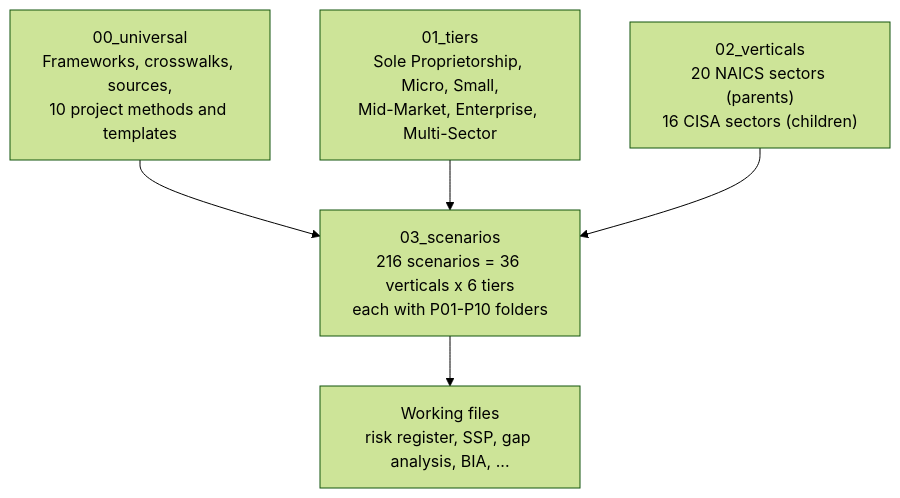
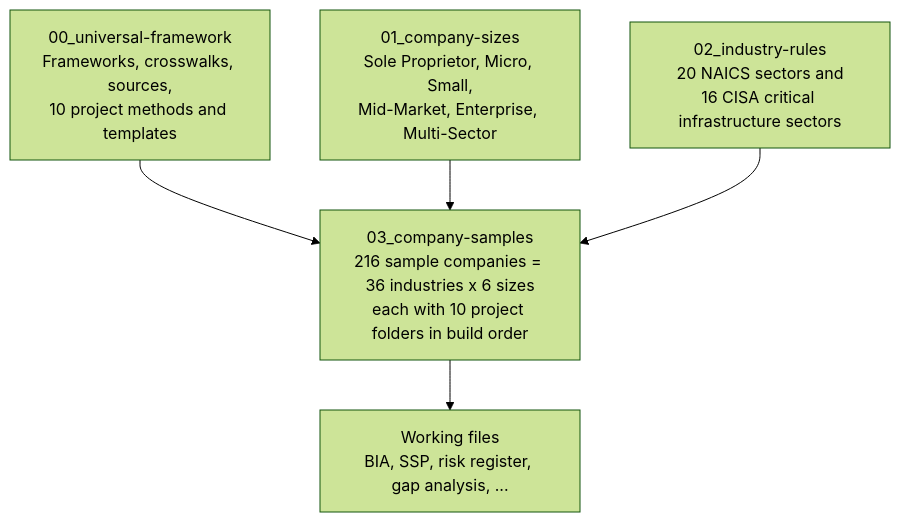
Before and after one commit to saint1415/GRC_Projects: the diagram in README.md, drawn with Mermaid (forest theme). The commit also changed other lines of this file and 11258 other files, not shown here.

First line of the commit message:
Rename library to plain-English folder names and add build-order guide

````diff
--- a/README.md
+++ b/README.md
@@ -19,7 +43,7 @@
 ```mermaid
 flowchart TD
-  U["00_universal<br/>Frameworks, crosswalks, sources,<br/>10 project methods and templates"] --> S
-  T["01_tiers<br/>Sole Proprietorship, Micro, Small,<br/>Mid-Market, Enterprise, Multi-Sector"] --> S
-  V["02_verticals<br/>20 NAICS sectors (parents)<br/>16 CISA sectors (children)"] --> S
-  S["03_scenarios<br/>216 scenarios = 36 verticals x 6 tiers<br/>each with P01-P10 folders"] --> W["Working files<br/>risk register, SSP, gap analysis, BIA, ..."]
+  U["00_universal-framework<br/>Frameworks, crosswalks, sources,<br/>10 project methods and templates"] --> S
+  T["01_company-sizes<br/>Sole Proprietor, Micro, Small,<br/>Mid-Market, Enterprise, Multi-Sector"] --> S
+  V["02_industry-rules<br/>20 NAICS sectors and<br/>16 CISA critical infrastructure sectors"] --> S
+  S["03_company-samples<br/>216 sample companies = 36 industries x 6 sizes<br/>each with 10 project folders in build order"] --> W["Working files<br/>BIA, SSP, risk register, gap analysis, ..."]
 ```
````
